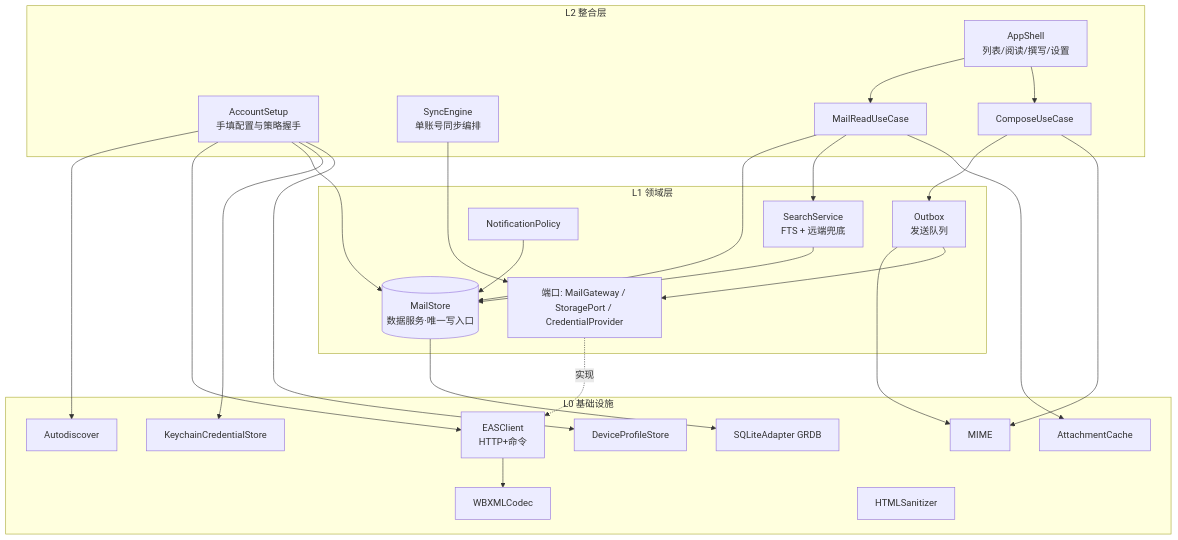
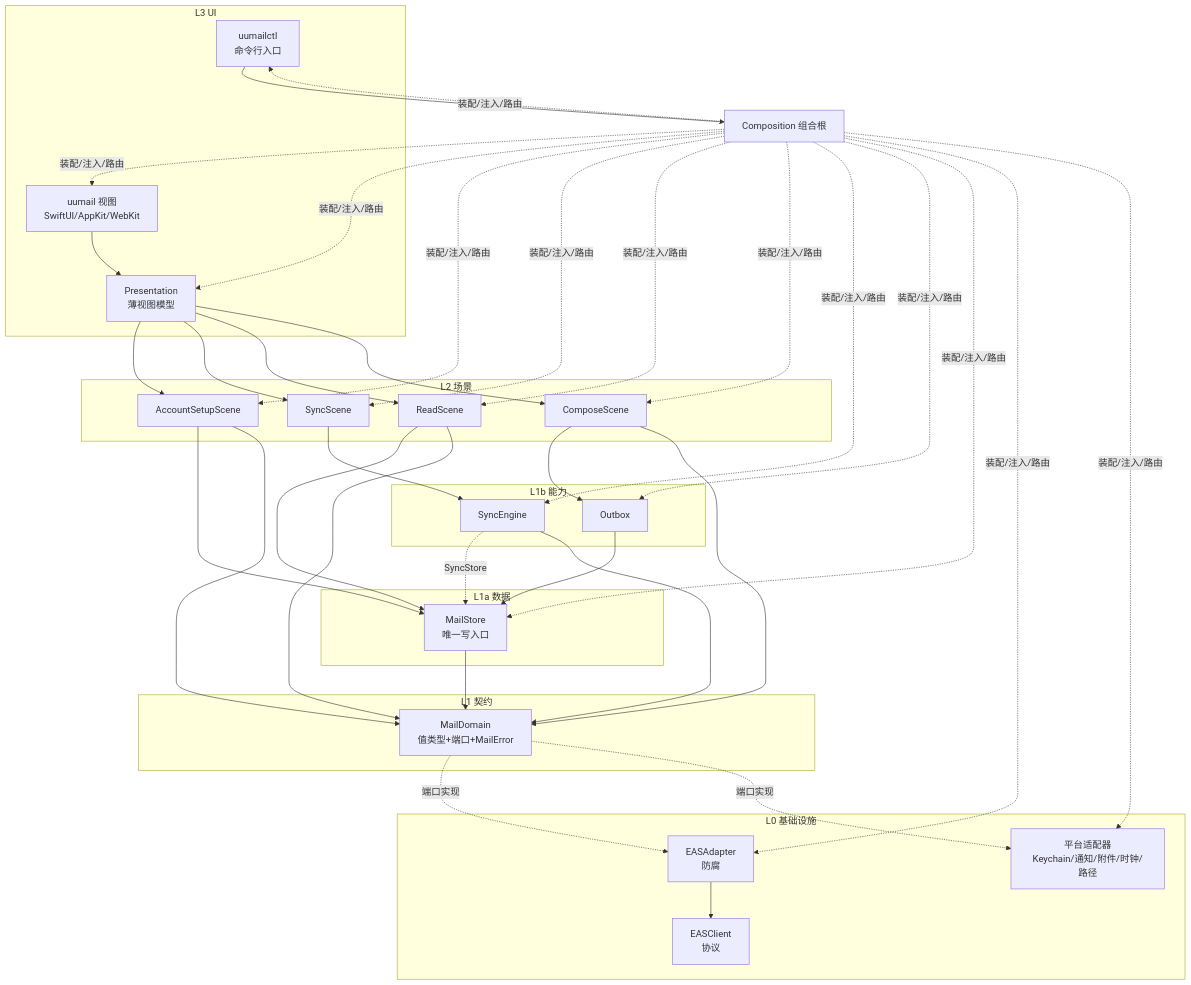
Before and after one commit to chenlong828/uumail: the diagram in doc/design/architecture.md, drawn with Mermaid. The commit also changed other lines of this file and 30 other files, not shown here.

````diff
--- a/doc/design/architecture.md
+++ b/doc/design/architecture.md
@@ -56,39 +65,44 @@
 ```mermaid
 graph TD
-  subgraph L2[L2 整合层]
-    UI[AppShell<br/>列表/阅读/撰写/设置]
-    ACCT[AccountSetup<br/>手填配置与策略握手]
-    SYNC[SyncEngine<br/>单账号同步编排]
-    READ[MailReadUseCase]
-    COMPOSE[ComposeUseCase]
+  subgraph L3[L3 UI]
+    VIEW[uumail 视图<br/>SwiftUI/AppKit/WebKit]
+    PRES[Presentation<br/>薄视图模型]
+    CLI[uumailctl<br/>命令行入口]
   end
-  subgraph L1[L1 领域层]
-    STORE[(MailStore<br/>数据服务·唯一写入口)]
-    OUT[Outbox<br/>发送队列]
-    SEARCH[SearchService<br/>FTS + 远端兜底]
-    NOTIF[NotificationPolicy]
-    PORT[端口: MailGateway / StoragePort / CredentialProvider]
+  subgraph L2[L2 场景]
+    S1[AccountSetupScene]
+    S2[SyncScene]
+    S3[ReadScene]
+    S4[ComposeScene]
+  end
+  subgraph L1b[L1b 能力]
+    SYNC[SyncEngine]
+    OUT[Outbox]
+  end
+  subgraph L1[L1 契约]
+    DOM[MailDomain<br/>值类型+端口+MailError]
+  end
+  subgraph L1a[L1a 数据]
+    STORE[MailStore<br/>唯一写入口]
   end
   subgraph L0[L0 基础设施]
-    EAS[EASClient<br/>HTTP+命令]
-    WBXML[WBXMLCodec]
-    AUTO[Autodiscover]
-    MIME[MIME]
-    DB[SQLiteAdapter GRDB]
-    KC[KeychainCredentialStore]
-    ATT[AttachmentCache]
-    HTML[HTMLSanitizer]
-    DEV[DeviceProfileStore]
+    AD[EASAdapter<br/>防腐]
+    EAS[EASClient<br/>协议]
+    PLAT[平台适配器<br/>Keychain/通知/附件/时钟/路径]
   end
-  UI --> READ & COMPOSE
-  READ --> STORE & SEARCH & ATT
-  COMPOSE --> OUT & MIME
-  ACCT --> AUTO & EAS & STORE & KC & DEV
-  SYNC --> PORT
-  PORT -.实现.-> EAS
-  EAS --> WBXML
-  OUT --> MIME & PORT
-  STORE --> DB
-  SEARCH --> STORE
-  NOTIF --> STORE
+  VIEW --> PRES
+  PRES --> S1 & S2 & S3 & S4
+  S1 --> STORE
+  S2 --> SYNC
+  S3 --> STORE
+  S4 --> OUT
+  SYNC -.SyncStore.-> STORE
+  OUT --> STORE
+  STORE --> DOM
+  SYNC --> DOM
+  S1 & S3 & S4 --> DOM
+  DOM -.端口实现.-> AD & PLAT
+  AD --> EAS
+  ROOT[Composition 组合根] -.装配/注入/路由.-> VIEW & CLI & PRES & S1 & S2 & S3 & S4 & SYNC & OUT & STORE & AD & PLAT
+  CLI --> ROOT
 ```
````
